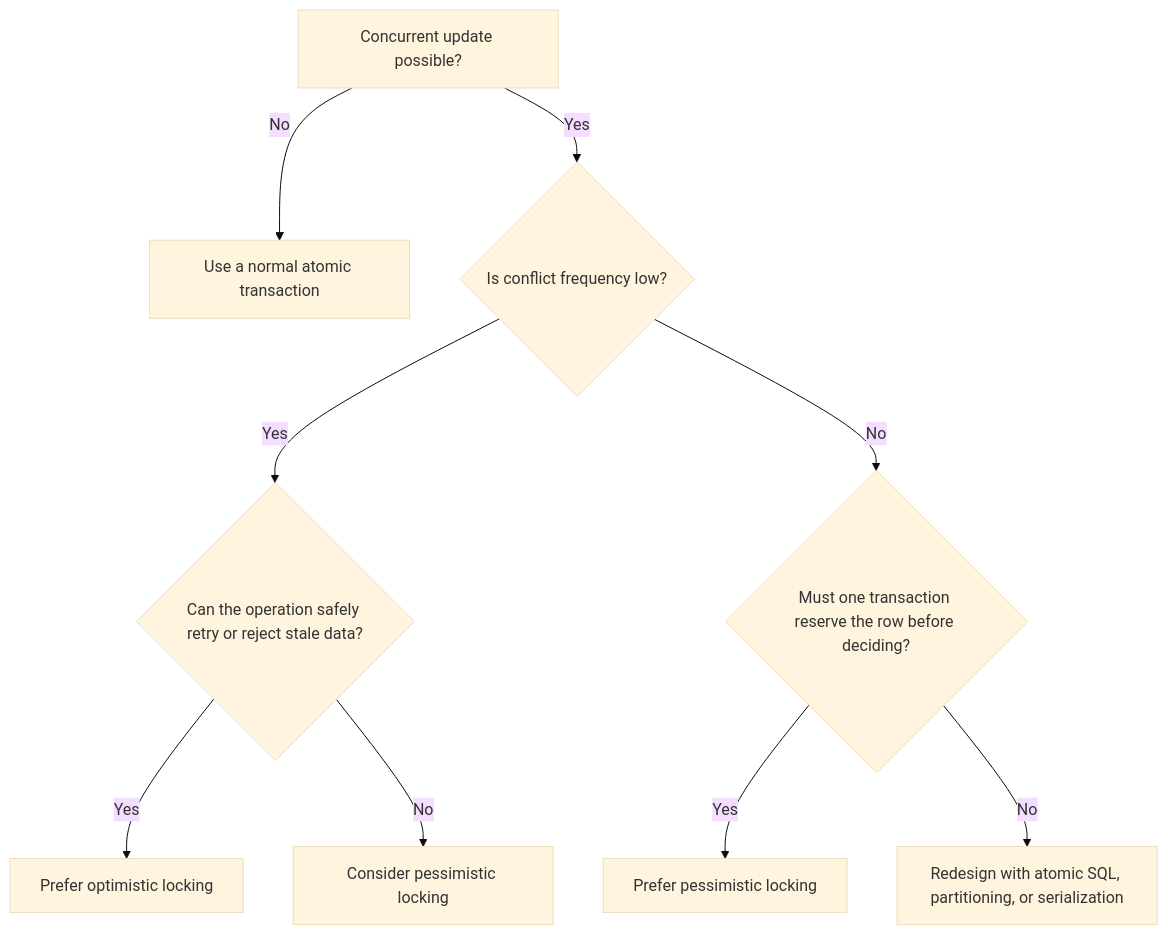
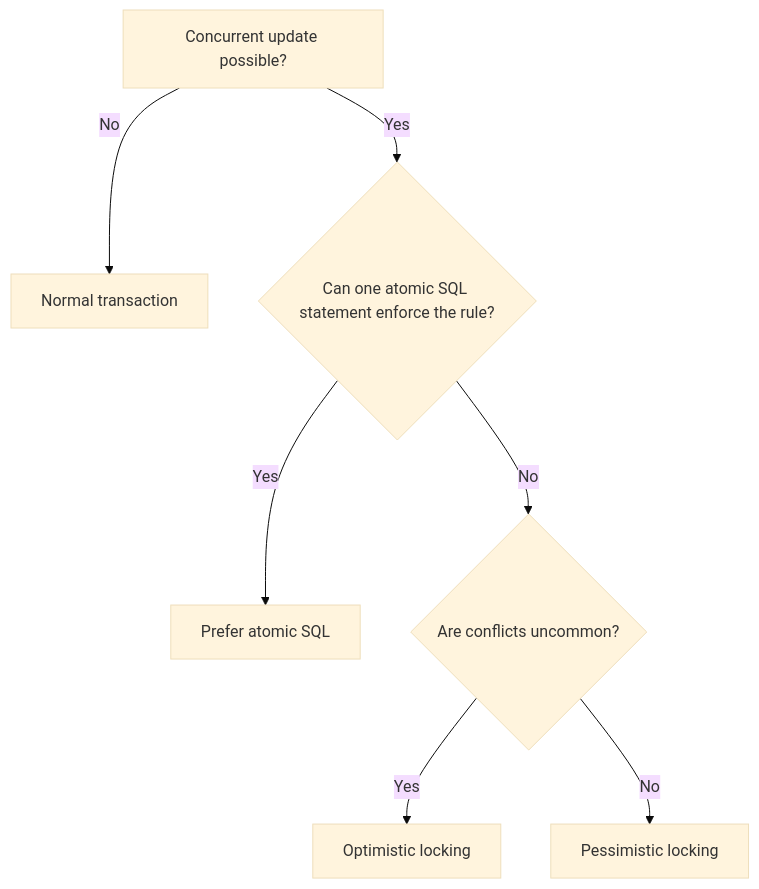
One commit to AvadhBhalodiya/Interview-Preparation changed the first of 4 diagrams in src/content/databases/locking-optimistic-pessimistic.md. Above: the diagram before and after it, drawn with Mermaid (base theme). The commit also changed other lines of this file and 80 other files, not shown here.

````diff
--- a/src/content/databases/locking-optimistic-pessimistic.md
+++ b/src/content/databases/locking-optimistic-pessimistic.md
@@ -22,11 +20,9 @@
 ```mermaid
 flowchart TD
-    A[Concurrent update possible?] -->|No| B[Use a normal atomic transaction]
-    A -->|Yes| C{Is conflict frequency low?}
-    C -->|Yes| D{Can the operation safely retry or reject stale data?}
-    D -->|Yes| E[Prefer optimistic locking]
-    D -->|No| F[Consider pessimistic locking]
-    C -->|No| G{Must one transaction reserve the row before deciding?}
-    G -->|Yes| H[Prefer pessimistic locking]
-    G -->|No| I[Redesign with atomic SQL, partitioning, or serialization]
+    A[Concurrent update possible?] -->|No| B[Normal transaction]
+    A -->|Yes| C{Can one atomic SQL statement enforce the rule?}
+    C -->|Yes| D[Prefer atomic SQL]
+    C -->|No| E{Are conflicts uncommon?}
+    E -->|Yes| F[Optimistic locking]
+    E -->|No| G[Pessimistic locking]
 ```
````
